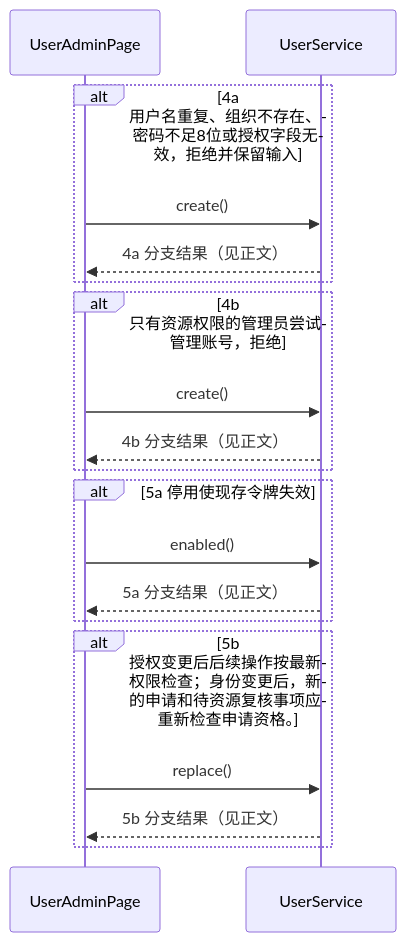
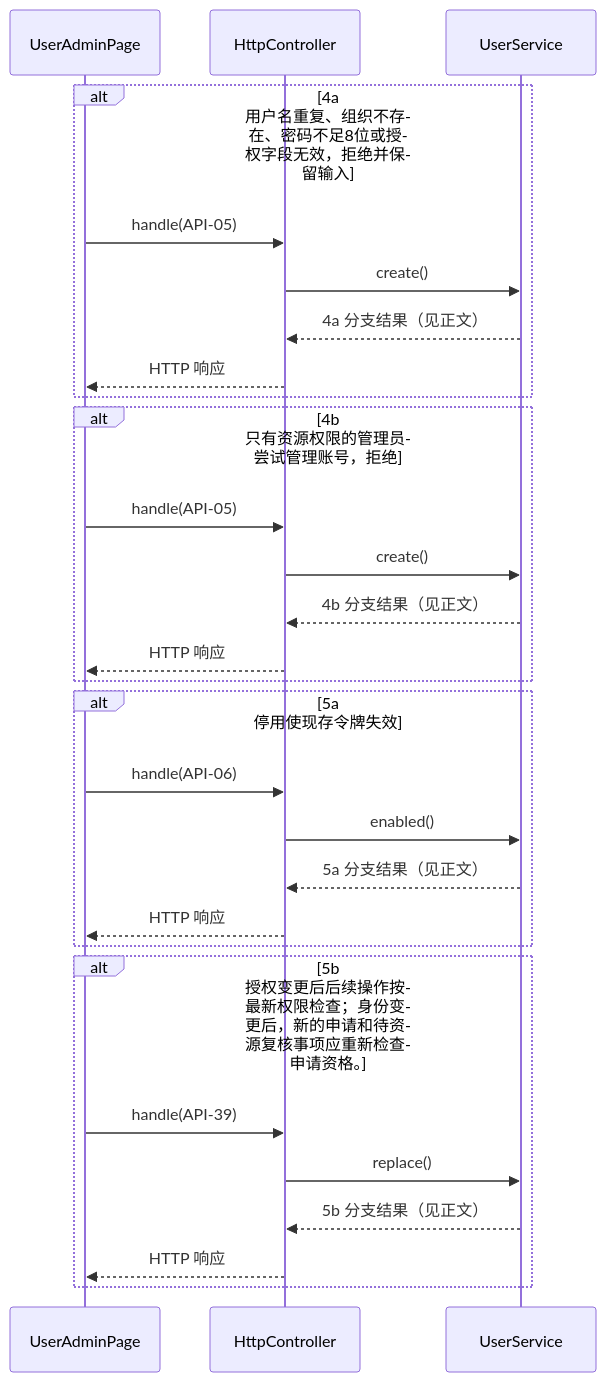
One commit to Rito-492/campus-sched changed the eighth of 44 diagrams in docs/design/software-design-task4.md. Above: the diagram before and after it, drawn with Mermaid. The commit also changed other lines of this file and 3 other files, not shown here.

Commit message:
docs: 修正任务4顺序图HTTP边界与页面调用方向

````diff
--- a/docs/design/software-design-task4.md
+++ b/docs/design/software-design-task4.md
@@ -1188,21 +1230,30 @@
 ```mermaid
 sequenceDiagram
  participant UserAdminPage
+ participant HttpController
  participant UserService
  alt 4a 用户名重复、组织不存在、密码不足8位或授权字段无效，拒绝并保留输入
- UserAdminPage->>UserService: create()
- UserService-->>UserAdminPage: 4a 分支结果（见正文）
+ UserAdminPage->>HttpController: handle(API-05)
+ HttpController->>UserService: create()
+ UserService-->>HttpController: 4a 分支结果（见正文）
+ HttpController-->>UserAdminPage: HTTP 响应
  end
  alt 4b 只有资源权限的管理员尝试管理账号，拒绝
- UserAdminPage->>UserService: create()
- UserService-->>UserAdminPage: 4b 分支结果（见正文）
+ UserAdminPage->>HttpController: handle(API-05)
+ HttpController->>UserService: create()
+ UserService-->>HttpController: 4b 分支结果（见正文）
+ HttpController-->>UserAdminPage: HTTP 响应
  end
  alt 5a 停用使现存令牌失效
- UserAdminPage->>UserService: enabled()
- UserService-->>UserAdminPage: 5a 分支结果（见正文）
+ UserAdminPage->>HttpController: handle(API-06)
+ HttpController->>UserService: enabled()
+ UserService-->>HttpController: 5a 分支结果（见正文）
+ HttpController-->>UserAdminPage: HTTP 响应
  end
  alt 5b 授权变更后后续操作按最新权限检查；身份变更后，新的申请和待资源复核事项应重新检查申请资格。
- UserAdminPage->>UserService: replace()
- UserService-->>UserAdminPage: 5b 分支结果（见正文）
+ UserAdminPage->>HttpController: handle(API-39)
+ HttpController->>UserService: replace()
+ UserService-->>HttpController: 5b 分支结果（见正文）
+ HttpController-->>UserAdminPage: HTTP 响应
  end
 ```
````
